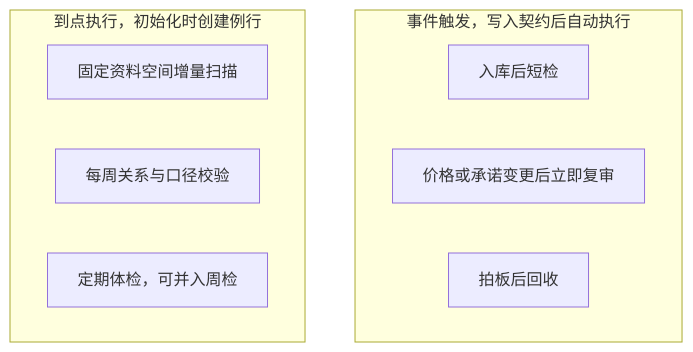
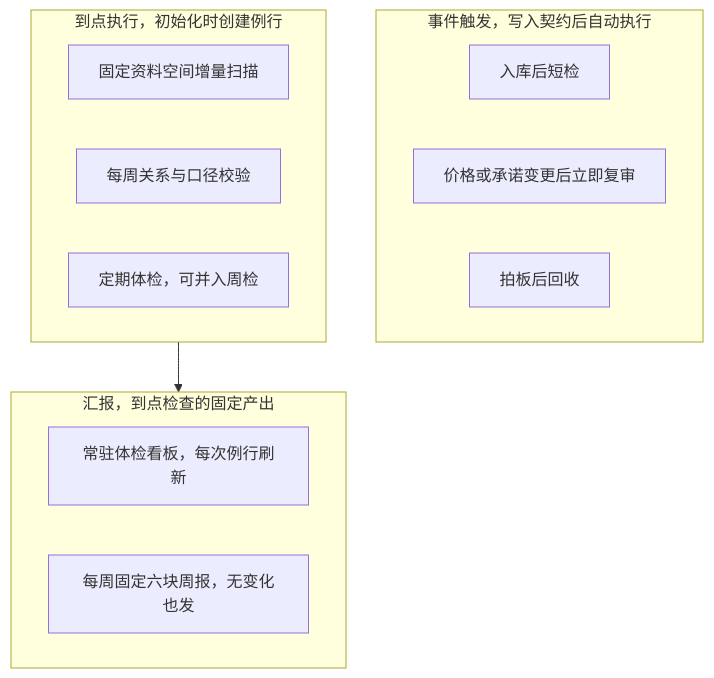
The third of 6 diagrams in docs/使用说明.md (pleasecallivan-arch/business-knowledge-base), drawn with Mermaid before and after one commit. The commit also changed other lines of this file and 4 other files, not shown here.

````diff
--- a/docs/使用说明.md
+++ b/docs/使用说明.md
@@ -98,13 +100,18 @@
 ```mermaid
 flowchart TB
   subgraph event [事件触发，写入契约后自动执行]
     E1[入库后短检]
     E2[价格或承诺变更后立即复审]
     E3[拍板后回收]
   end
   subgraph cron [到点执行，初始化时创建例行]
     C1[固定资料空间增量扫描]
     C2[每周关系与口径校验]
     C3[定期体检，可并入周检]
   end
+  subgraph report [汇报，到点检查的固定产出]
+    R1[常驻体检看板，每次例行刷新]
+    R2[每周固定六块周报，无变化也发]
+  end
+  cron --> report
 ```
````
